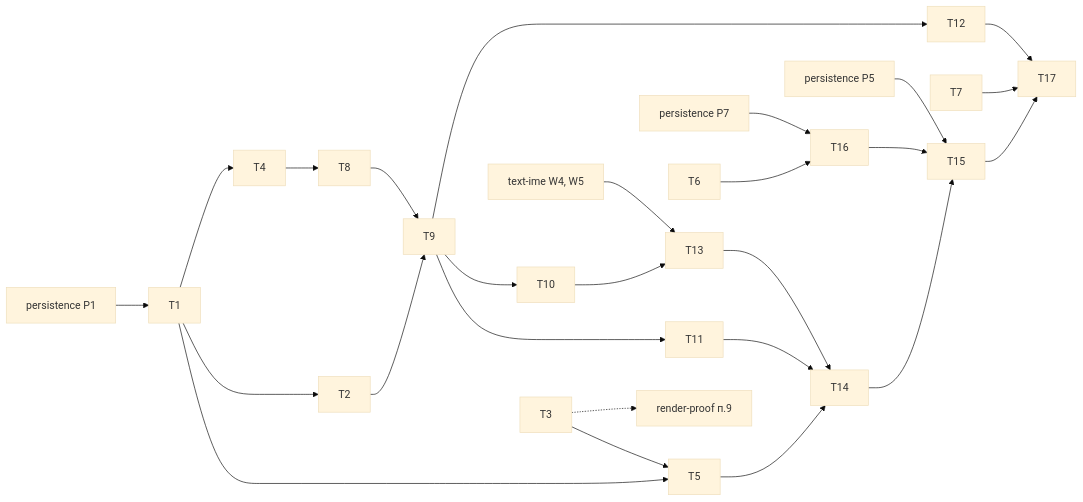
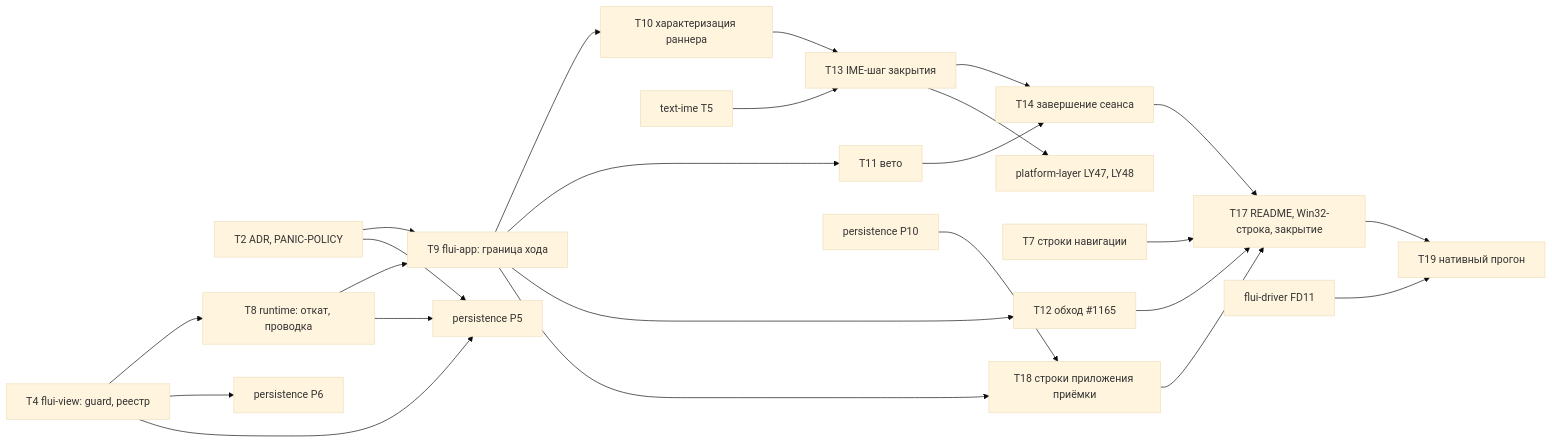
One commit to vanyastaff/flui changed the diagram in docs/plans/specs/teardown/tasks.md. Above: the diagram before and after it, drawn with Mermaid (base theme). The commit also changed other lines of this file and 12 other files, not shown here.

First line of the commit message:
docs: rewrite the send-flip, text-ime, teardown and persistence plans

````diff
--- a/docs/plans/specs/teardown/tasks.md
+++ b/docs/plans/specs/teardown/tasks.md
@@ -28,14 +35,16 @@
 ```mermaid
 graph LR
-  P1["persistence P1"] --> T1
-  T1 --> T2 & T4 & T5
-  T3 --> T5
-  T4 --> T8
-  T2 & T8 --> T9 --> T10 & T11 & T12
-  T10 & TI["text-ime W4, W5"] --> T13
-  T5 & T11 & T13 --> T14
-  T6 & P7["persistence P7"] --> T16
-  T14 & T16 & P5["persistence P5"] --> T15
-  T15 & T7 & T12 --> T17
-  T3 -.-> RP["render-proof п.9"]
+  T2["T2 ADR, PANIC-POLICY"]
+  T4["T4 flui-view: guard, реестр"] --> T8["T8 runtime: откат, проводка"]
+  T2 & T8 --> T9["T9 flui-app: граница хода"]
+  T9 --> T10["T10 характеризация раннера"] & T11["T11 вето"] & T12["T12 обход #1165"]
+  T10 & TI5["text-ime T5"] --> T13["T13 IME-шаг закрытия"]
+  T11 & T13 --> T14["T14 завершение сеанса"]
+  T7["T7 строки навигации"]
+  P10["persistence P10"] & T9 --> T18["T18 строки приложения приёмки"]
+  T12 & T14 & T18 & T7 --> T17["T17 README, Win32-строка, закрытие"]
+  T17 & FD11["flui-driver FD11"] --> T19["T19 нативный прогон"]
+  T4 --> P6["persistence P6"]
+  T2 & T4 & T8 --> P5["persistence P5"]
+  T13 --> LY47["platform-layer LY47, LY48"]
 ```
````
